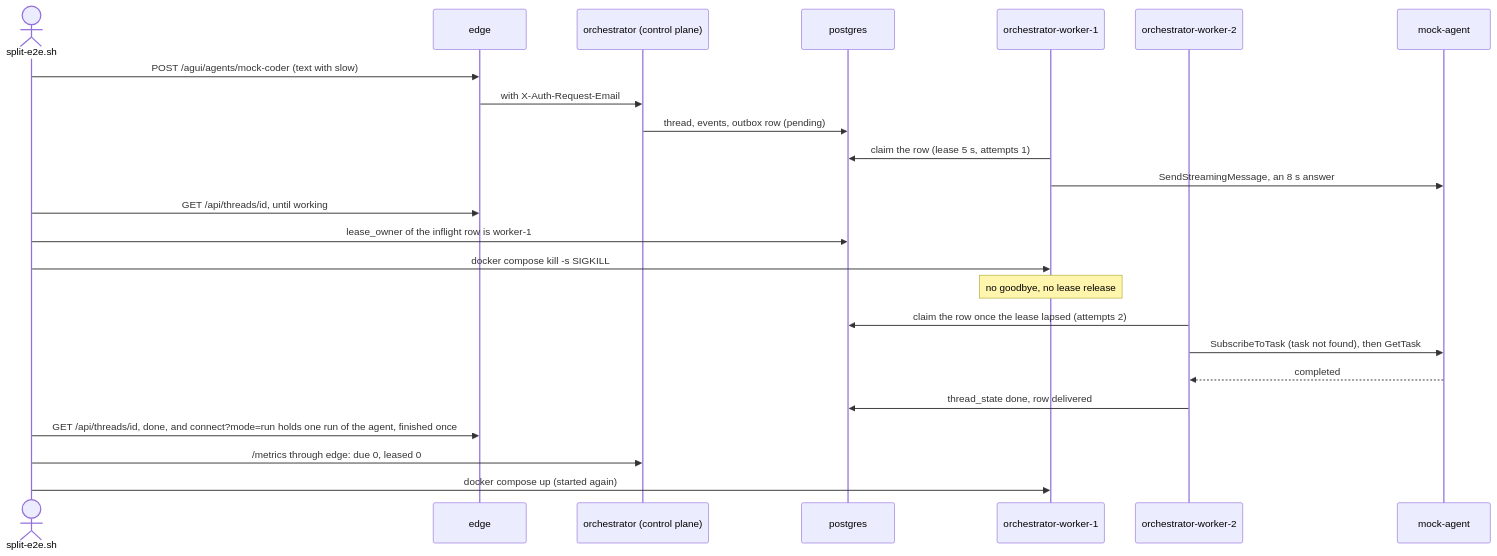
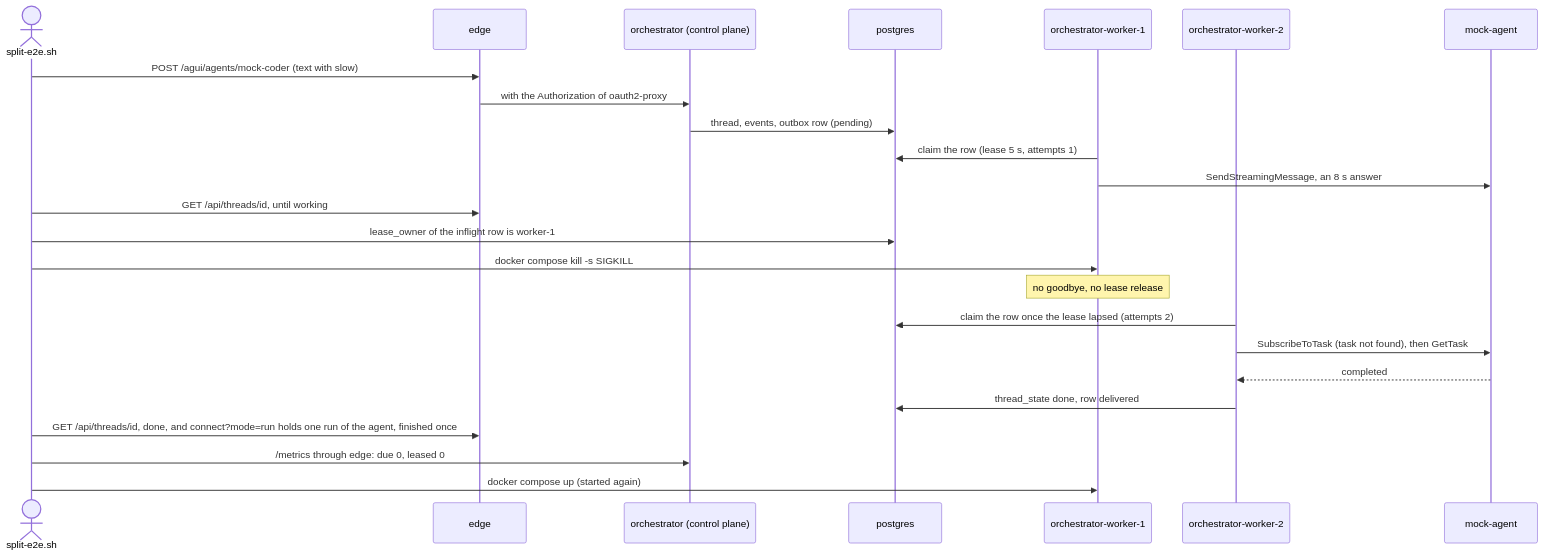
Before and after one commit to vymalo/another-agentic-system: diagram 18 of 31 in dev/README.md, drawn with Mermaid. The commit also changed other lines of this file and 43 other files, not shown here.

First line of the commit message:
build(dev): a mock OIDC issuer and oauth2-proxy in front of the stack (ADR 0033, S16) (#113)

````diff
--- a/dev/README.md
+++ b/dev/README.md
@@ -1322,26 +1420,26 @@
 ```mermaid
 sequenceDiagram
   actor U as split-e2e.sh
   participant E as edge
   participant C as orchestrator (control plane)
   participant P as postgres
   participant A as orchestrator-worker-1
   participant B as orchestrator-worker-2
   participant M as mock-agent
   U->>E: POST /agui/agents/mock-coder (text with slow)
-  E->>C: with X-Auth-Request-Email
+  E->>C: with the Authorization of oauth2-proxy
   C->>P: thread, events, outbox row (pending)
   A->>P: claim the row (lease 5 s, attempts 1)
   A->>M: SendStreamingMessage, an 8 s answer
   U->>E: GET /api/threads/id, until working
   U->>P: lease_owner of the inflight row is worker-1
   U->>A: docker compose kill -s SIGKILL
   Note over A: no goodbye, no lease release
   B->>P: claim the row once the lease lapsed (attempts 2)
   B->>M: SubscribeToTask (task not found), then GetTask
   M-->>B: completed
   B->>P: thread_state done, row delivered
   U->>E: GET /api/threads/id, done, and connect?mode=run holds one run of the agent, finished once
   U->>C: /metrics through edge: due 0, leased 0
   U->>A: docker compose up (started again)
 ```
````
